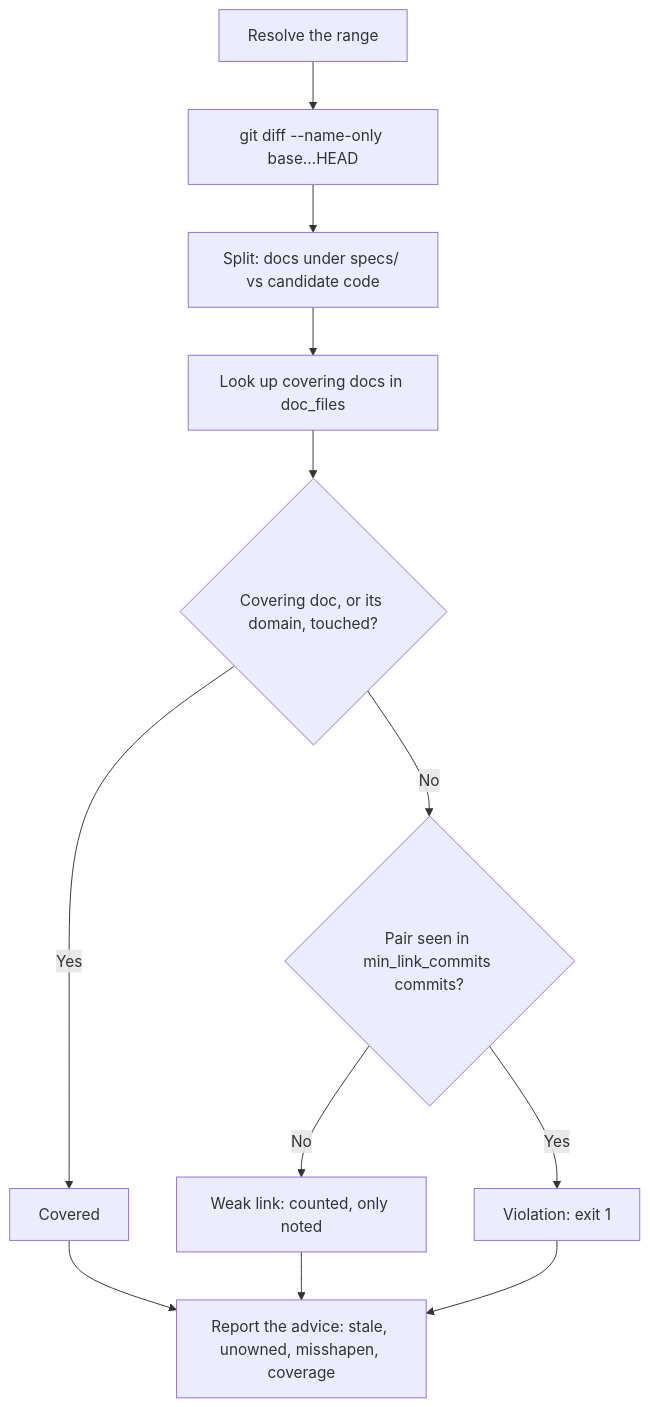
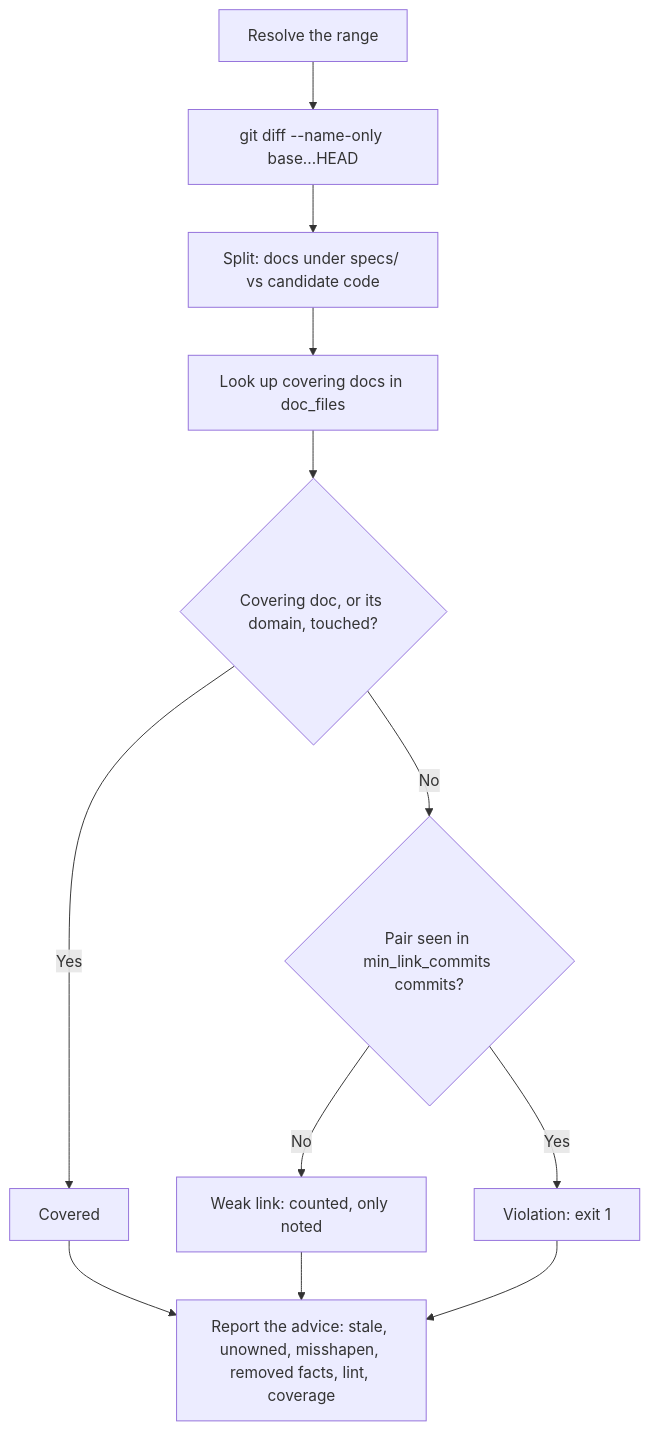
The diagram in specs/cli/check.md (danyyacoub/specky), drawn with Mermaid before and after one commit. The commit also changed other lines of this file and 27 other files, not shown here.

````diff
--- a/specs/cli/check.md
+++ b/specs/cli/check.md
@@ -28,14 +28,14 @@
 ```mermaid
 flowchart TD
     A[Resolve the range] --> B[git diff --name-only base...HEAD]
     B --> C[Split: docs under specs/ vs candidate code]
     C --> D[Look up covering docs in doc_files]
     D --> E{Covering doc, or its domain, touched?}
     E -->|Yes| F[Covered]
     E -->|No| G{Pair seen in min_link_commits commits?}
     G -->|No| H[Weak link: counted, only noted]
     G -->|Yes| I[Violation: exit 1]
-    F --> J[Report the advice: stale, unowned, misshapen, coverage]
+    F --> J[Report the advice: stale, unowned, misshapen, removed facts, lint, coverage]
     H --> J
     I --> J
 ```
````
